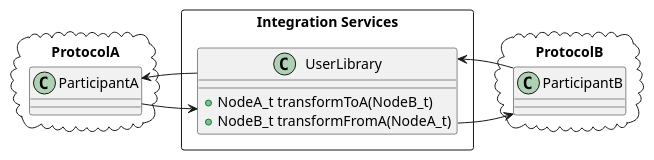
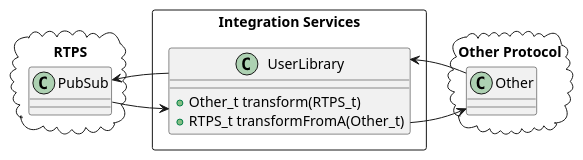
One commit to eProsima/Integration-Service-Deprecated changed the second of 2 diagrams in README.md. Above: the diagram before and after it, drawn with PlantUML. The commit also changed other lines of this file and 1 other file, not shown here.

Commit message:
README.md adapted to new architecture.

````diff
--- a/README.md
+++ b/README.md
@@ -132,26 +255,26 @@
 ```plantuml
 @startuml
 
-package "ProtocolA" <<Cloud>> {
-    class ParticipantA
+package "RTPS" <<Cloud>> {
+    class PubSub
 }
 
 package "Integration Services" <<Rectangle>> {
     class UserLibrary {
-        +NodeA_t transformToA(NodeB_t)
-        +NodeB_t transformFromA(NodeA_t)
+        +Other_t transform(RTPS_t)
+        +RTPS_t transformFromA(Other_t)
     }
 }
 
-ParticipantA -right-> UserLibrary
-ParticipantA <-right- UserLibrary
+PubSub -right-> UserLibrary
+PubSub <-right- UserLibrary
 
-package "ProtocolB" <<Cloud>> {
-    class ParticipantB
+package "Other Protocol" <<Cloud>> {
+    class Other
 }
 
-UserLibrary -left-> ParticipantB
-UserLibrary <-left- ParticipantB
+UserLibrary -left-> Other
+UserLibrary <-left- Other
 
 @enduml
 ```
````
